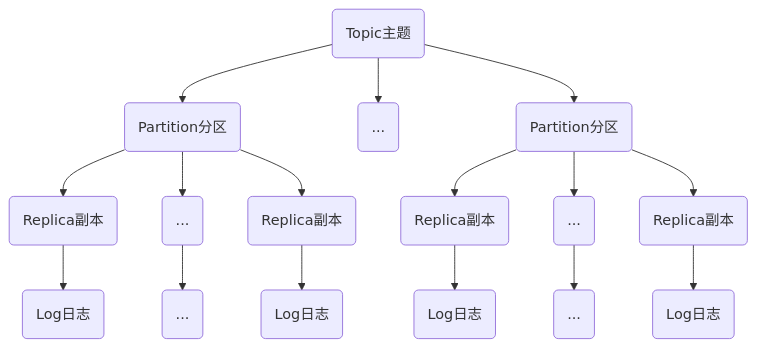
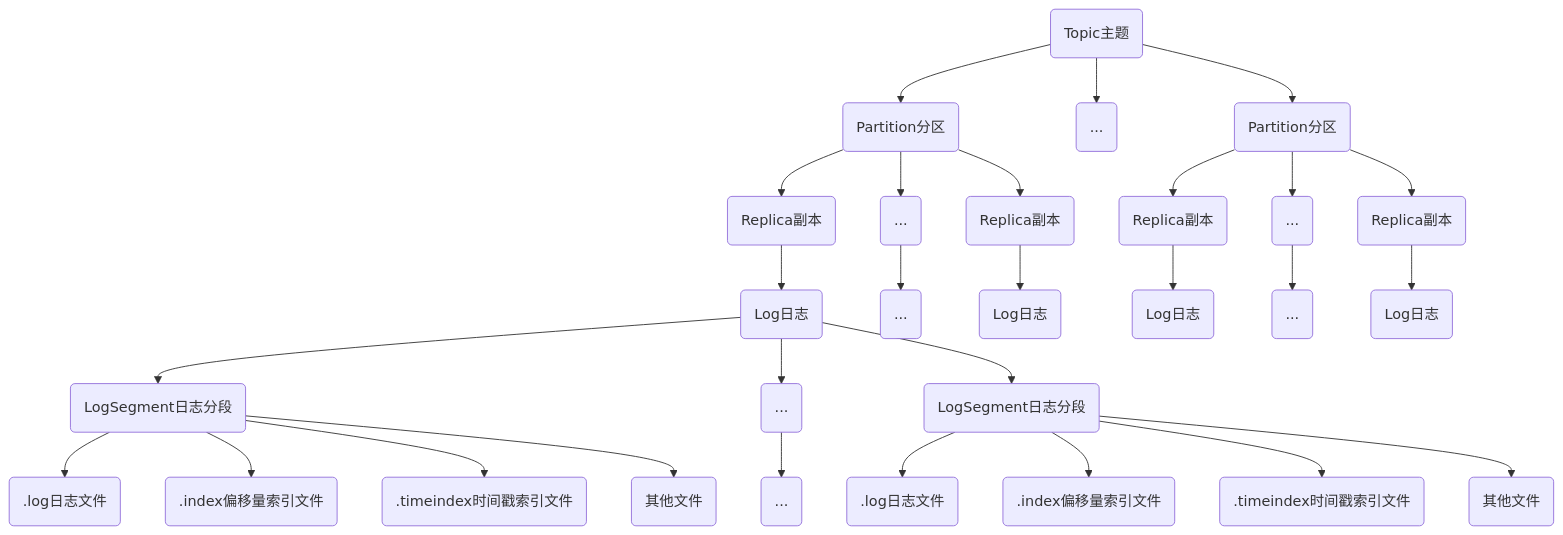
The diagram in vuepress-starter/docs/documents/middleware/kafka.md (swhmonster/blog_walter), drawn with Mermaid before and after one commit. The commit also changed other lines of this file and 305 other files, not shown here.

````diff
--- a/vuepress-starter/docs/documents/middleware/kafka.md
+++ b/vuepress-starter/docs/documents/middleware/kafka.md
@@ -4,14 +4,29 @@
 ```mermaid
 graph TD
 A(Topic主题) --> B(Partition分区)
 A(Topic主题) --> C(...)
 A(Topic主题) --> D(Partition分区)
 
 B -->E(Replica副本)-->L1(Log日志)
 B -->F(...)-->Ln1(...)
 B-->G(Replica副本)-->L2(Log日志)
 
 D -->H(Replica副本)-->L3(Log日志)
 D -->I(...)-->Ln2(...)
 D -->J(Replica副本)-->L4(Log日志)
+
+L1-->LS1(LogSegment日志分段)
+LS1-->T1(.log日志文件)
+LS1-->T2(.index偏移量索引文件)
+LS1-->T3(.timeindex时间戳索引文件)
+LS1-->T4(其他文件)
+
+L1-->LSn(...)
+LSn-->Tn(...)
+
+L1-->LS2(LogSegment日志分段)
+LS2-->T5(.log日志文件)
+LS2-->T6(.index偏移量索引文件)
+LS2-->T7(.timeindex时间戳索引文件)
+LS2-->T8(其他文件)
 ```
````
